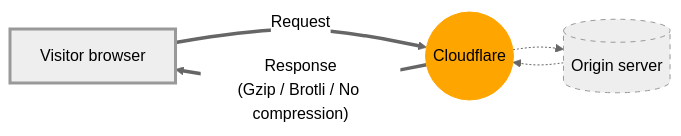
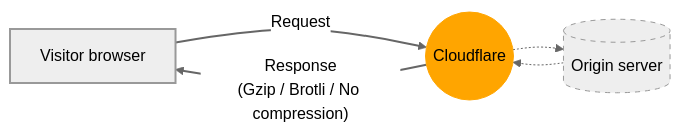
One commit to rdhanarot/cloudflare-docs changed the first of 2 diagrams in content/speed/optimization/content/brotli/content-compression.md. Above: the diagram before and after it, drawn with Mermaid (neutral theme). The commit also changed other lines of this file, not shown here.

Commit message:
[Speed] Update compression diagrams (#12981)
Force text color to black when using orange background (improves readability in dark mode).
Adjust stroke widths (makes arrowheads more visible).

````diff
--- a/content/speed/optimization/content/brotli/content-compression.md
+++ b/content/speed/optimization/content/brotli/content-compression.md
@@ -17,16 +17,18 @@
 ```mermaid
 flowchart LR
 accTitle: Compressed responses sent to website visitor
 accDescr: Cloudflare can send responses to visitors using Gzip compression, Brotli compression, or no compression.
 
 A[Visitor browser]
 B((Cloudflare))
 C[(Origin server)]
 
 A == "Request" ==> B -.-> C
 C -.-> B == "Response<br>(Gzip / Brotli / No compression)" ==> A
 
-style A stroke-width: 3px
-style B stroke: orange,fill: orange
+style A stroke-width: 2px
+style B stroke: orange,fill: orange,color: black
 style C stroke-dasharray: 5 5
+linkStyle 0,3 stroke-width: 2px
+linkStyle 1,2 stroke-width: 1px
 ```
````
